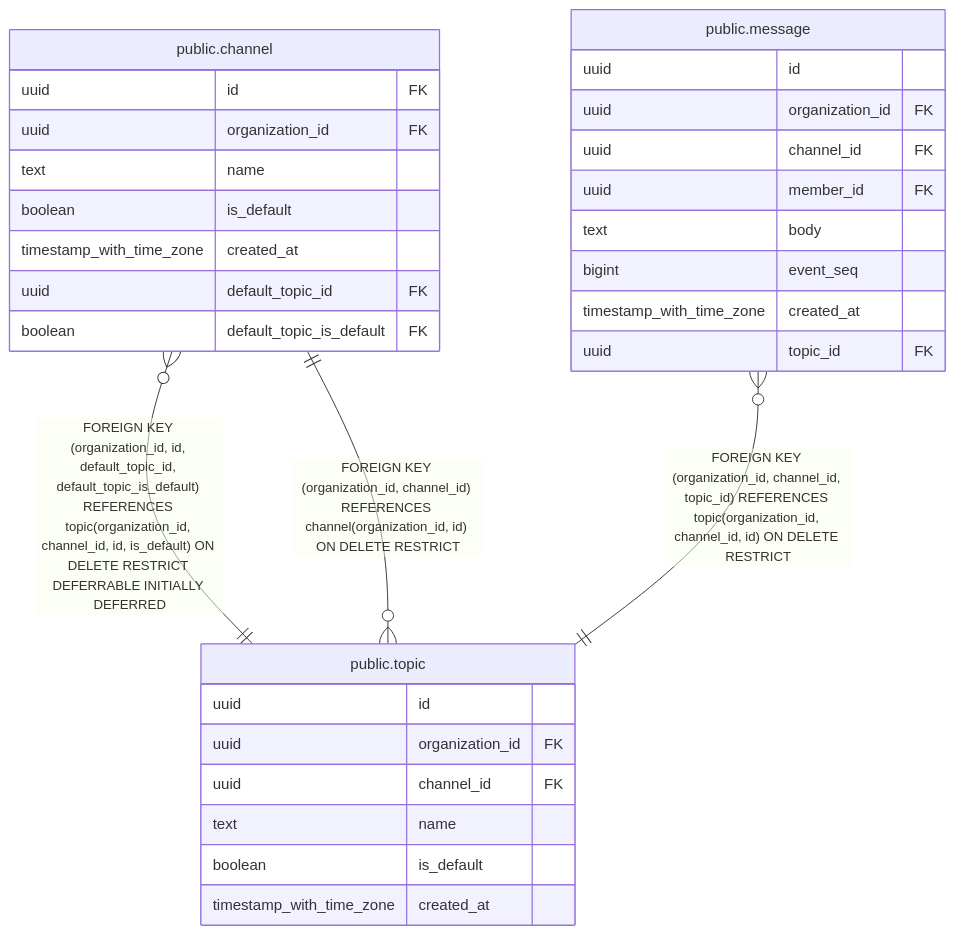
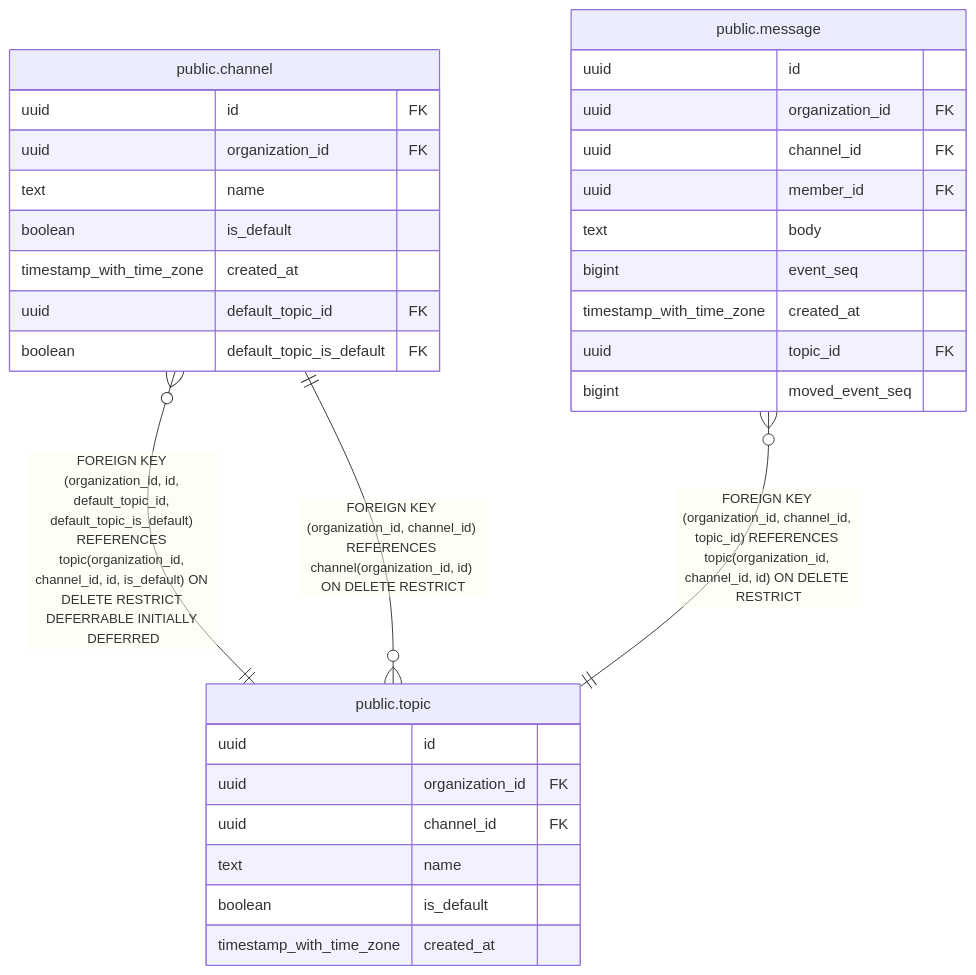
One commit to tkakkie/ribbitto changed the diagram in docs/schema/public.topic.md. Above: the diagram before and after it, drawn with Mermaid. The commit also changed 27 other files, not shown here.

First line of the commit message:
feat(conversation): record each message's latest move in message.moved_event_seq

````diff
--- a/docs/schema/public.topic.md
+++ b/docs/schema/public.topic.md
@@ -42,35 +42,36 @@
 ```mermaid
 erDiagram
 
 "public.channel" }o--|| "public.topic" : "FOREIGN KEY (organization_id, id, default_topic_id, default_topic_is_default) REFERENCES topic(organization_id, channel_id, id, is_default) ON DELETE RESTRICT DEFERRABLE INITIALLY DEFERRED"
 "public.message" }o--|| "public.topic" : "FOREIGN KEY (organization_id, channel_id, topic_id) REFERENCES topic(organization_id, channel_id, id) ON DELETE RESTRICT"
 "public.topic" }o--|| "public.channel" : "FOREIGN KEY (organization_id, channel_id) REFERENCES channel(organization_id, id) ON DELETE RESTRICT"
 
 "public.topic" {
   uuid id
   uuid organization_id FK
   uuid channel_id FK
   text name
   boolean is_default
   timestamp_with_time_zone created_at
 }
 "public.channel" {
   uuid id FK
   uuid organization_id FK
   text name
   boolean is_default
   timestamp_with_time_zone created_at
   uuid default_topic_id FK
   boolean default_topic_is_default FK
 }
 "public.message" {
   uuid id
   uuid organization_id FK
   uuid channel_id FK
   uuid member_id FK
   text body
   bigint event_seq
   timestamp_with_time_zone created_at
   uuid topic_id FK
+  bigint moved_event_seq
 }
 ```
````
